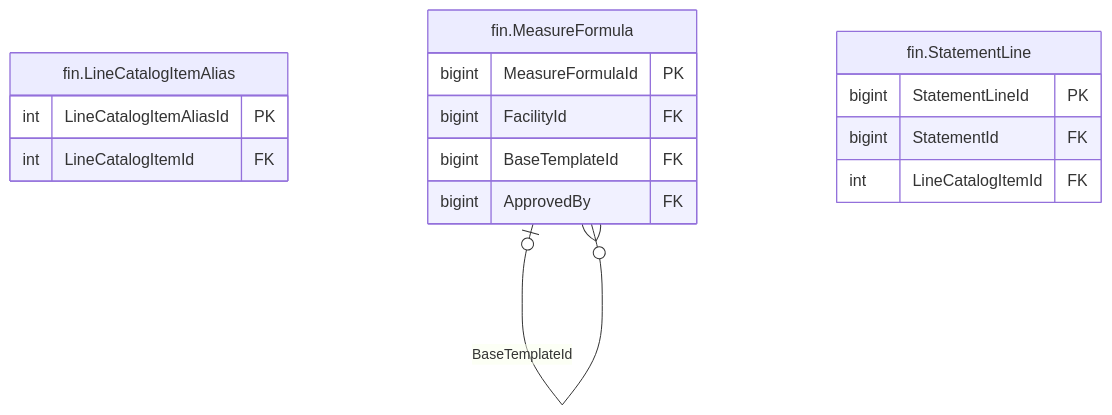
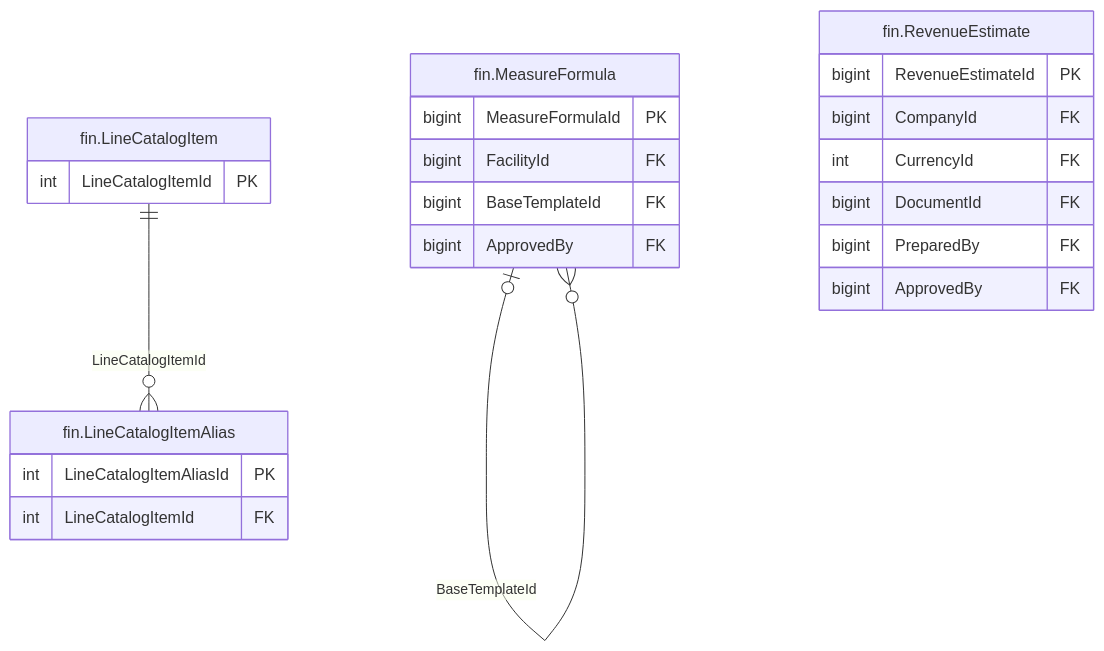
Before and after one commit to thawrasy/smartlines: the diagram in treasury-platform/docs/diagrams/erd/m5_financials_2.mmd, drawn with Mermaid. The commit also changed 34 other files, not shown here.

First line of the commit message:
Design documents read their numbers from the DDL; module diagrams redrawn

```diff
--- a/treasury-platform/docs/diagrams/erd/m5_financials_2.mmd
+++ b/treasury-platform/docs/diagrams/erd/m5_financials_2.mmd
@@ -1,18 +1,25 @@
-%% م5 · البيانات المالية والأرصدة (2/2) — Financial statements & balances
+%% م5 · البيانات المالية والأرصدة (2/3) — Financial statements & balances
 erDiagram
+  fin_LineCatalogItem["fin.LineCatalogItem"] {
+    int LineCatalogItemId PK
+  }
   fin_LineCatalogItemAlias["fin.LineCatalogItemAlias"] {
     int LineCatalogItemAliasId PK
     int LineCatalogItemId FK
   }
   fin_MeasureFormula["fin.MeasureFormula"] {
     bigint MeasureFormulaId PK
     bigint FacilityId FK
     bigint BaseTemplateId FK
     bigint ApprovedBy FK
   }
-  fin_StatementLine["fin.StatementLine"] {
-    bigint StatementLineId PK
-    bigint StatementId FK
-    int LineCatalogItemId FK
+  fin_RevenueEstimate["fin.RevenueEstimate"] {
+    bigint RevenueEstimateId PK
+    bigint CompanyId FK
+    int CurrencyId FK
+    bigint DocumentId FK
+    bigint PreparedBy FK
+    bigint ApprovedBy FK
   }
+  fin_LineCatalogItem ||--o{ fin_LineCatalogItemAlias : "LineCatalogItemId"
   fin_MeasureFormula |o--o{ fin_MeasureFormula : "BaseTemplateId"
```
